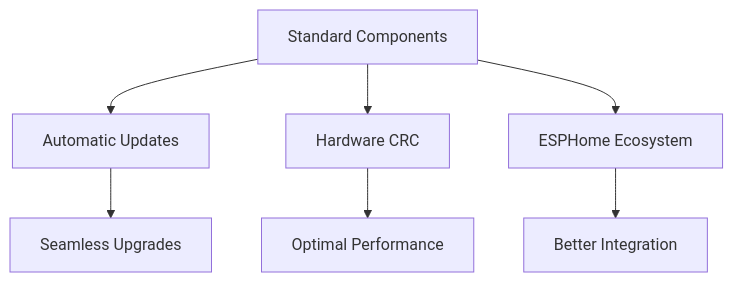
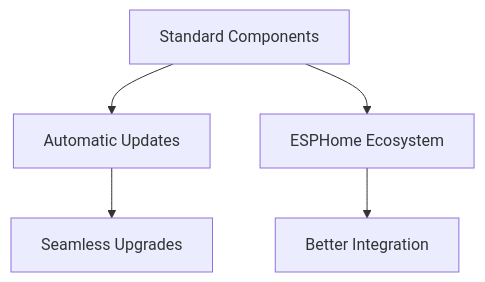
Before and after one commit to mikaabra/pylontech-bms-mqtt: the second of 2 diagrams in firmware/deye-site/esphome/ESPHOME_2026_MIGRATION_COMPLETE.md, drawn with Mermaid. The commit also changed other lines of this file, not shown here.

First line of the commit message:
docs: correct migration doc — RS485 uses sum complement, not CRC16

````diff
--- a/firmware/deye-site/esphome/ESPHOME_2026_MIGRATION_COMPLETE.md
+++ b/firmware/deye-site/esphome/ESPHOME_2026_MIGRATION_COMPLETE.md
@@ -223,9 +218,7 @@
 ```mermaid
 graph TD
     A[Standard Components] --> B[Automatic Updates]
     B --> C[Seamless Upgrades]
-    A --> D[Hardware CRC]
-    D --> E[Optimal Performance]
-    A --> F[ESPHome Ecosystem]
-    F --> G[Better Integration]
+    A --> D[ESPHome Ecosystem]
+    D --> E[Better Integration]
 ```
````
